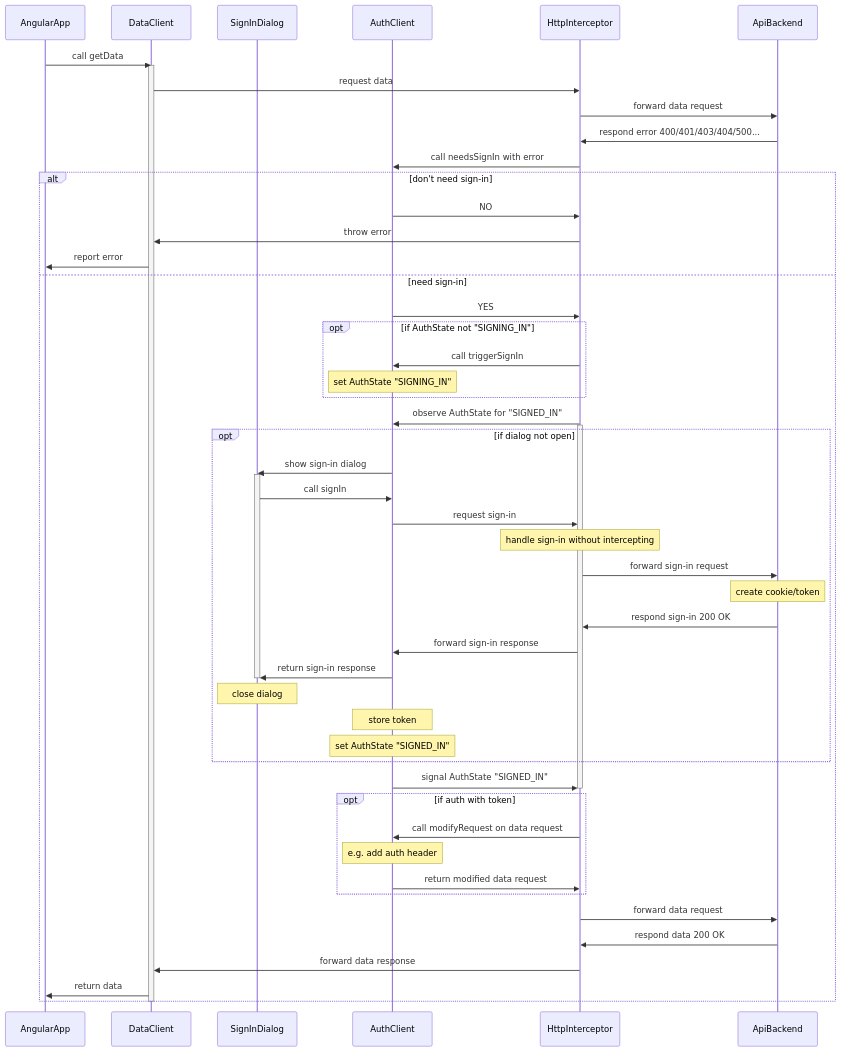
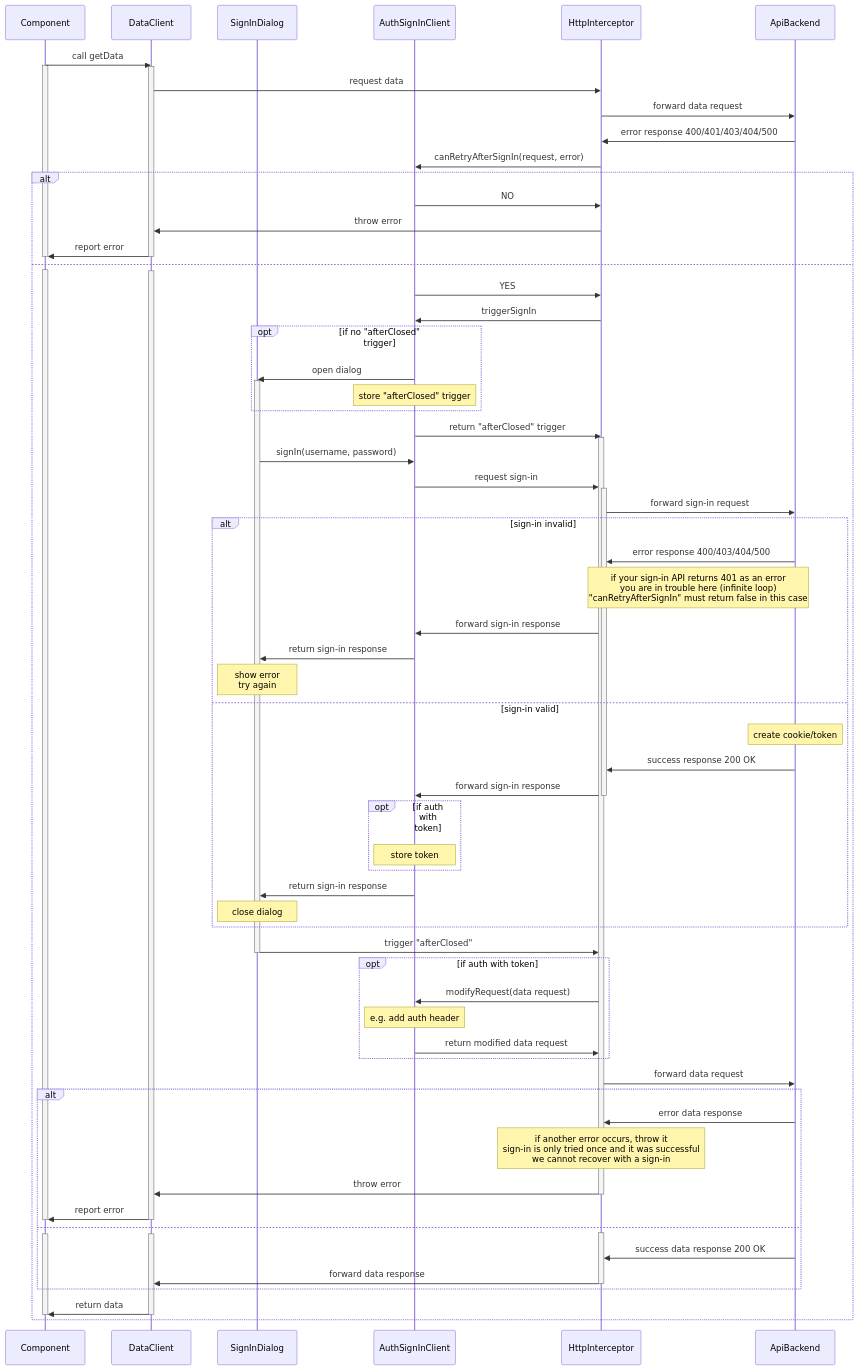
One commit to flens-dev/modern-angular changed the diagram in libs/tools/auth/README.md. Above: the diagram before and after it, drawn with Mermaid. The commit also changed other lines of this file and 2 other files, not shown here.

Commit message:
tools/auth - add some documentation

````diff
--- a/libs/tools/auth/README.md
+++ b/libs/tools/auth/README.md
@@ -3,57 +31,84 @@
 ```mermaid
 sequenceDiagram
-  participant A as AngularApp
-  participant D as DataClient
-  participant L as SignInDialog
-  participant S as AuthClient
-  participant H as HttpInterceptor
+  participant C as Component
+  participant DC as DataClient
+  participant D as SignInDialog
+  participant SC as AuthSignInClient
+  participant HI as HttpInterceptor
   participant B as ApiBackend
 
-  A->>D: call getData
-  activate D
-  D->>H: request data
-  H->>B: forward data request
-  B->>H: respond error 400/401/403/404/500...
-  H->>S: call needsSignIn with error
-  alt don't need sign-in
-    S->>H: NO
-    H->>D: throw error
-    D->>A: report error
-  else need sign-in
-    S->>H:YES
-    opt if AuthState not "SIGNING_IN"
-      H->>S: call triggerSignIn
-      Note over S: set AuthState "SIGNING_IN"
+  C->>DC: call getData
+  activate C
+  activate DC
+  DC->>HI: request data
+  HI->>B: forward data request
+  B->>HI: error response 400/401/403/404/500
+  HI->>SC: canRetryAfterSignIn(request, error)
+  alt
+    SC->>HI: NO
+    HI->>DC: throw error
+    DC->>C: report error
+    deactivate DC
+    deactivate C
+  else
+    activate C
+    activate DC
+    SC->>HI:YES
+    HI->>SC: triggerSignIn
+    opt if no "afterClosed" trigger
+      SC->>D: open dialog
+      activate D
+      Note over SC: store "afterClosed" trigger
     end
-    H->>S: observe AuthState for "SIGNED_IN"
-    activate H
-    opt if dialog not open
-      S->>L: show sign-in dialog
-      activate L
-      L->>S: call signIn
-      S->>H: request sign-in
-      Note over H: handle sign-in without intercepting
-      H->>B: forward sign-in request
+    SC->>HI: return "afterClosed" trigger
+    activate HI
+    D->>SC: signIn(username, password)
+    SC->>HI: request sign-in
+    activate HI
+    HI->>B: forward sign-in request
+    alt sign-in invalid
+      B->>HI: error response 400/403/404/500
+      Note over HI, B: if your sign-in API returns 401 as an error<br />you are in trouble here (infinite loop)<br />"canRetryAfterSignIn" must return false in this case
+      HI->>SC: forward sign-in response
+      SC->>D: return sign-in response
+      Note over D: show error<br />try again
+    else sign-in valid
       Note over B: create cookie/token
-      B->>H: respond sign-in 200 OK
-      H->>S: forward sign-in response
-      S->>L: return sign-in response
-      deactivate L
-      Note over L: close dialog
-      Note over S: store token
-      Note over S: set AuthState "SIGNED_IN"
+      B->>HI: success response 200 OK
+      HI->>SC: forward sign-in response
+      deactivate HI
+      opt if auth with token
+        Note over SC: store token
+      end
+      SC->>D: return sign-in response
+      Note over D: close dialog
     end
-    S->>H: signal AuthState "SIGNED_IN"
-    deactivate H
+    D->>HI: trigger "afterClosed"
+    deactivate D
     opt if auth with token
-      H->>S: call modifyRequest on data request
-      Note over S: e.g. add auth header
-      S->>H: return modified data request
+      HI->>SC: modifyRequest(data request)
+      Note over SC: e.g. add auth header
+      SC->>HI: return modified data request
     end
-    H->>B: forward data request
-    B->>H: respond data 200 OK
-    H->>D: forward data response
-    D->>A: return data
+    HI->>B: forward data request
+    alt
+      B->>HI: error data response
+      Note over HI: if another error occurs, throw it<br />sign-in is only tried once and it was successful<br />we cannot recover with a sign-in
+      HI->>DC: throw error
+      deactivate HI
+      DC->>C: report error
+      deactivate DC
+      deactivate C
+    else
+      activate HI
+      activate C
+      activate DC
+      B->>HI: success data response 200 OK
+      HI->>DC: forward data response
+      deactivate HI
+    end
+    DC->>C: return data
+    deactivate DC
+    deactivate C
   end
-  deactivate D
 ```
````
